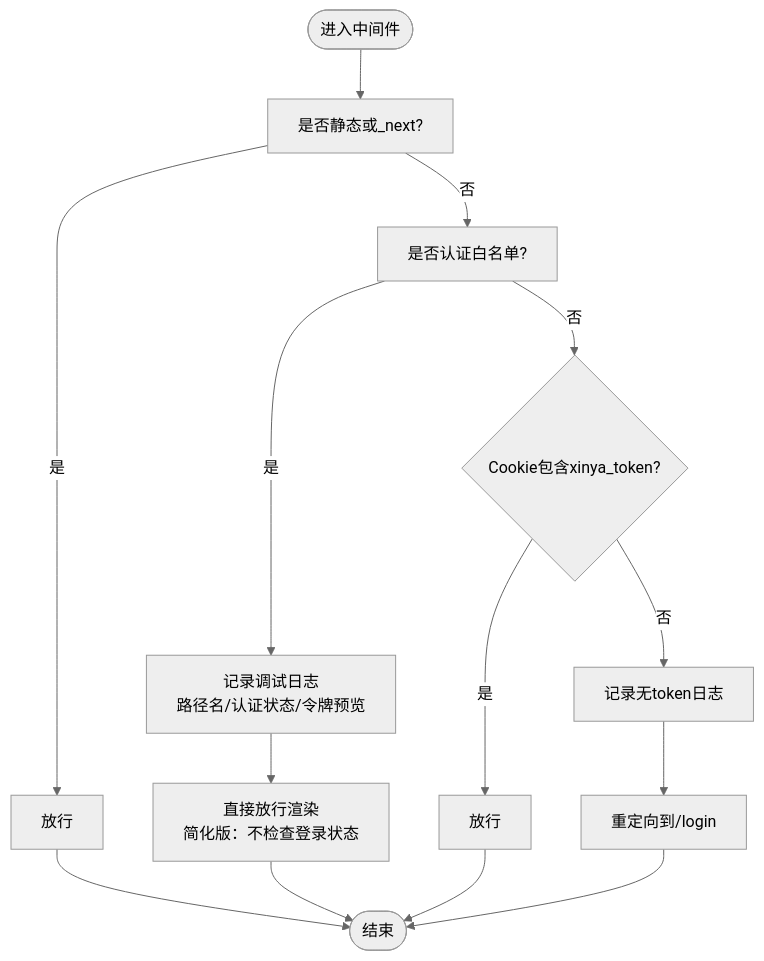
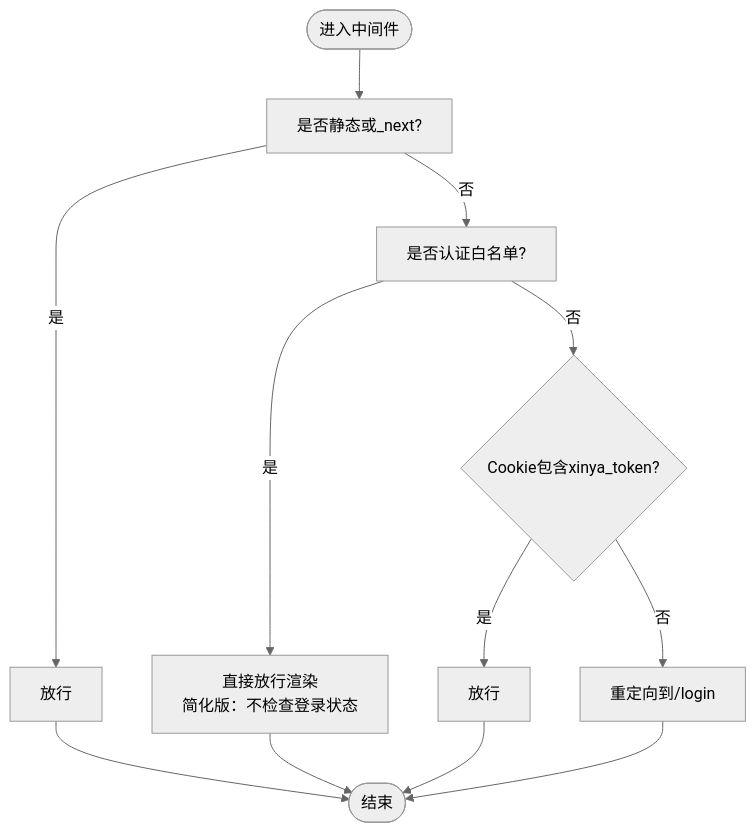
One commit to kangkang919/xinya changed the third of 7 diagrams in .qoder/repowiki/zh/content/用户认证系统/认证中间件.md. Above: the diagram before and after it, drawn with Mermaid (neutral theme). The commit also changed other lines of this file and 35 other files, not shown here.

````diff
--- a/.qoder/repowiki/zh/content/用户认证系统/认证中间件.md
+++ b/.qoder/repowiki/zh/content/用户认证系统/认证中间件.md
@@ -161,16 +154,14 @@
 ```mermaid
 flowchart TD
 Start(["进入中间件"]) --> CheckStatic["是否静态或_next?"]
 CheckStatic --> |是| Pass1["放行"]
 CheckStatic --> |否| CheckAuthPages["是否认证白名单?"]
-CheckAuthPages --> |是| LogDebug["记录调试日志<br/>路径名/认证状态/令牌预览"]
-LogDebug --> DirectPass["直接放行渲染<br/>简化版：不检查登录状态"]
+CheckAuthPages --> |是| DirectPass["直接放行渲染<br/>简化版：不检查登录状态"]
 CheckAuthPages --> |否| HasToken{"Cookie包含xinya_token?"}
-HasToken --> |否| LogNoToken["记录无token日志"]
-LogNoToken --> RedirectLogin["重定向到/login"]
+HasToken --> |否| RedirectLogin["重定向到/login"]
 HasToken --> |是| Pass3["放行"]
 Pass1 --> End(["结束"])
 DirectPass --> End
 Pass3 --> End
 RedirectLogin --> End
 ```
````
